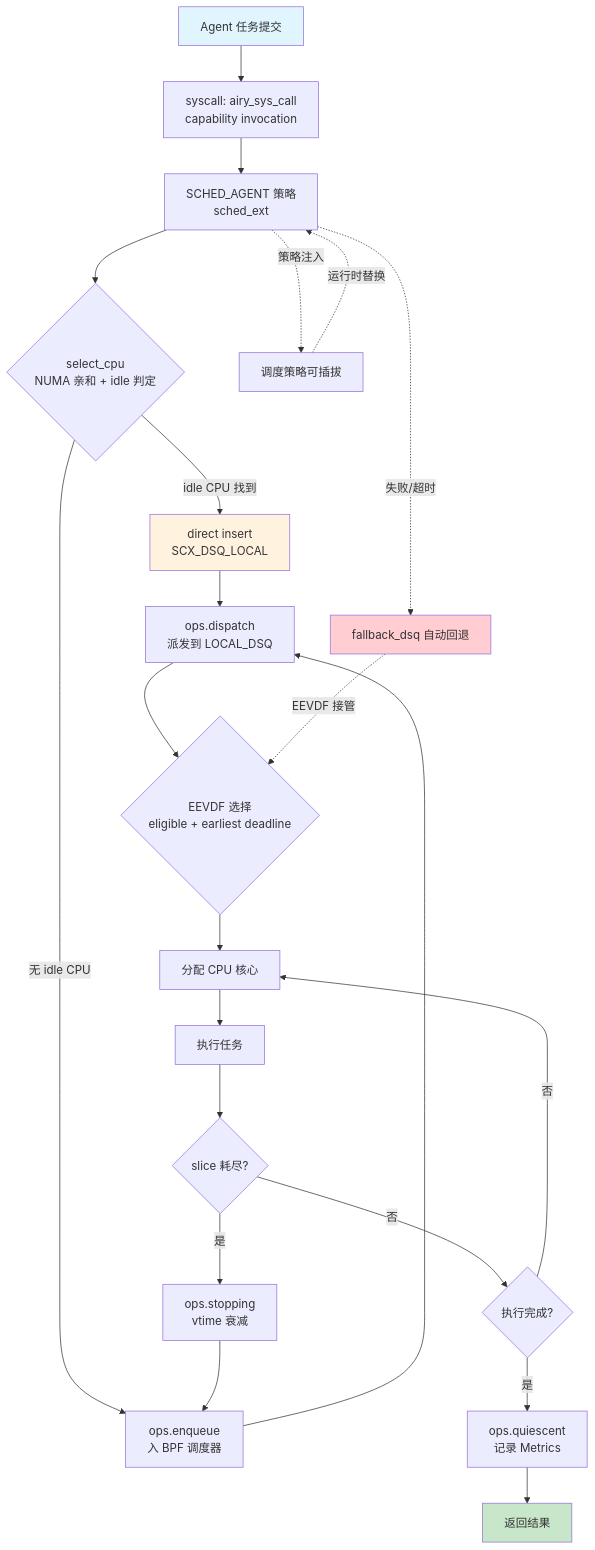
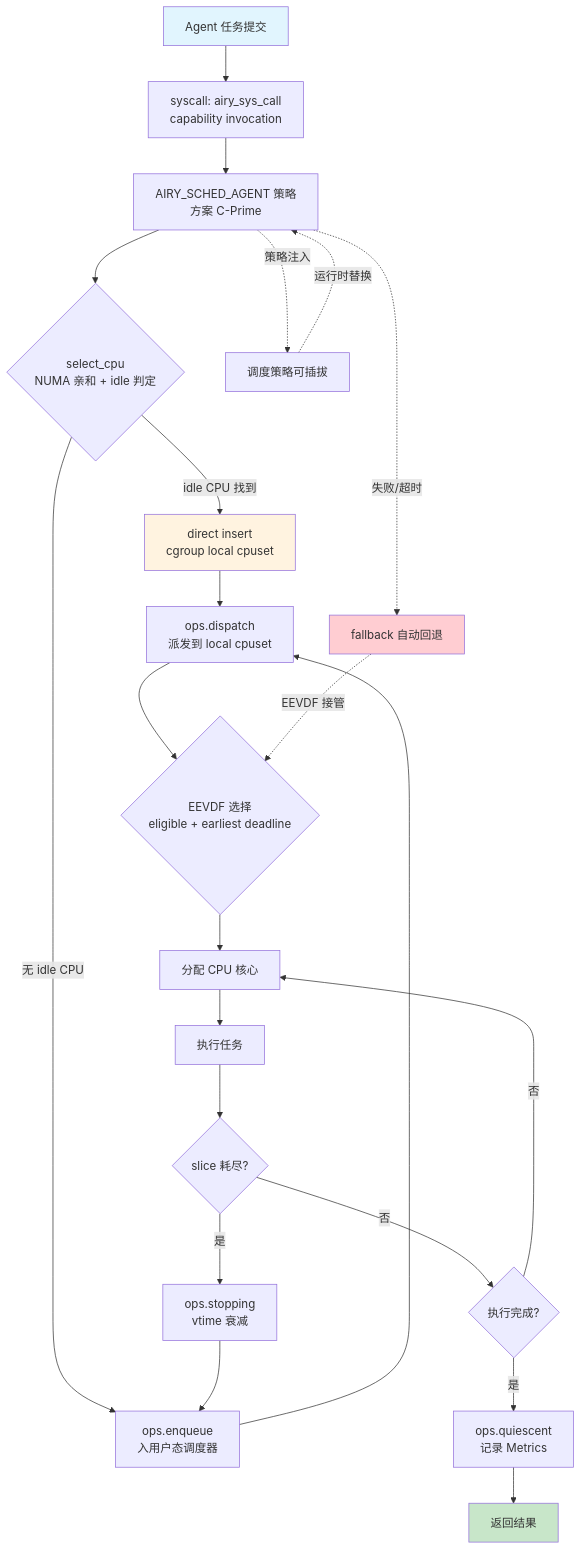
Before and after one commit to openairymax/docs: the first of 6 diagrams in AirymaxOS/40-dataflows/04-scheduling-flow.md, drawn with Mermaid. The commit also changed other lines of this file and 115 other files, not shown here.

````diff
--- a/AirymaxOS/40-dataflows/04-scheduling-flow.md
+++ b/AirymaxOS/40-dataflows/04-scheduling-flow.md
@@ -46,33 +46,33 @@
 ```mermaid
 flowchart TD
     A[Agent 任务提交] --> B[syscall: airy_sys_call<br/>capability invocation]
-    B --> C[SCHED_AGENT 策略<br/>sched_ext]
+    B --> C[AIRY_SCHED_AGENT 策略<br/>方案 C-Prime]
     C --> D{select_cpu<br/>NUMA 亲和 + idle 判定}
-    D -->|idle CPU 找到| E[direct insert<br/>SCX_DSQ_LOCAL]
-    D -->|无 idle CPU| F[ops.enqueue<br/>入 BPF 调度器]
-    E --> G[ops.dispatch<br/>派发到 LOCAL_DSQ]
+    D -->|idle CPU 找到| E[direct insert<br/>cgroup local cpuset]
+    D -->|无 idle CPU| F[ops.enqueue<br/>入用户态调度器]
+    E --> G[ops.dispatch<br/>派发到 local cpuset]
     F --> G
     G --> H{EEVDF 选择<br/>eligible + earliest deadline}
     H --> I[分配 CPU 核心]
     I --> J[执行任务]
     J --> K{slice 耗尽?}
     K -->|是| L[ops.stopping<br/>vtime 衰减]
     K -->|否| M{执行完成?}
     L --> F
     M -->|是| N[ops.quiescent<br/>记录 Metrics]
     M -->|否| I
     N --> O[返回结果]
     
     P[调度策略可插拔]
     C -.策略注入.-> P
     P -.运行时替换.-> C
     
-    Q[fallback_dsq 自动回退]
+    Q[fallback 自动回退]
     C -.失败/超时.-> Q
     Q -.EEVDF 接管.-> H
     
     style A fill:#e1f5fe
     style E fill:#fff3e0
     style O fill:#c8e6c9
     style Q fill:#ffcdd2
 ```
````
